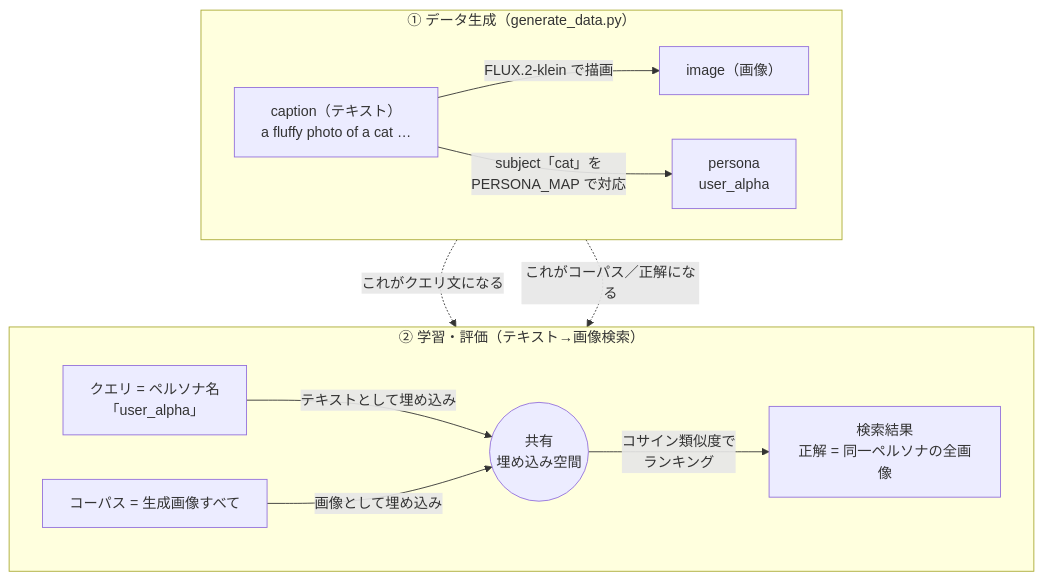
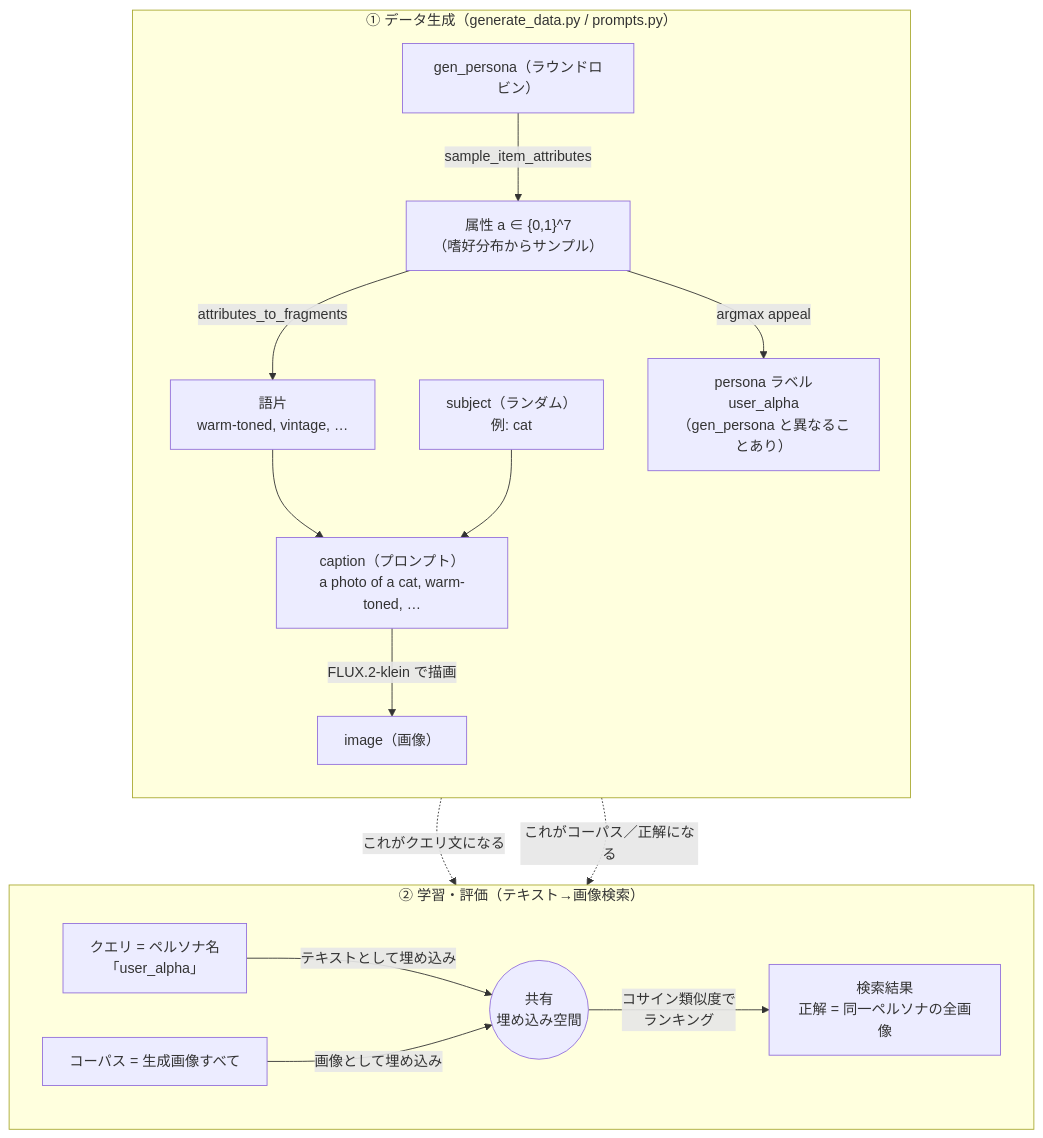
One commit to u-masao/qwen3-vl-demo changed the diagram in docs/how-it-works.md. Above: the diagram before and after it, drawn with Mermaid. The commit also changed other lines of this file and 1 other file, not shown here.

````diff
--- a/docs/how-it-works.md
+++ b/docs/how-it-works.md
@@ -31,19 +32,24 @@
 ```mermaid
 flowchart TB
-    subgraph S1["① データ生成（generate_data.py）"]
-        direction LR
-        CAP["caption（テキスト）<br/>a fluffy photo of a cat …"]
+    subgraph S1["① データ生成（generate_data.py / prompts.py）"]
+        direction TB
+        GEN["gen_persona（ラウンドロビン）"]
+        GEN -->|sample_item_attributes| ATTR["属性 a ∈ {0,1}^7<br/>（嗜好分布からサンプル）"]
+        SUBJ["subject（ランダム）<br/>例: cat"]
+        ATTR -->|attributes_to_fragments| FRAG["語片<br/>warm-toned, vintage, …"]
+        FRAG --> CAP
+        SUBJ --> CAP["caption（プロンプト）<br/>a photo of a cat, warm-toned, …"]
         CAP -->|FLUX.2-klein で描画| IMG["image（画像）"]
-        CAP -->|subject「cat」を<br/>PERSONA_MAP で対応| PER["persona<br/>user_alpha"]
+        ATTR -->|argmax appeal| PER["persona ラベル<br/>user_alpha<br/>（gen_persona と異なることあり）"]
     end
 
     subgraph S2["② 学習・評価（テキスト→画像検索）"]
         direction LR
         Q["クエリ = ペルソナ名<br/>「user_alpha」"] -->|テキストとして埋め込み| SPACE(("共有<br/>埋め込み空間"))
         CORP["コーパス = 生成画像すべて"] -->|画像として埋め込み| SPACE
         SPACE -->|コサイン類似度で<br/>ランキング| RES["検索結果<br/>正解 = 同一ペルソナの全画像"]
     end
 
     PER -. これがクエリ文になる .-> Q
     IMG -. これがコーパス／正解になる .-> CORP
 ```
````
